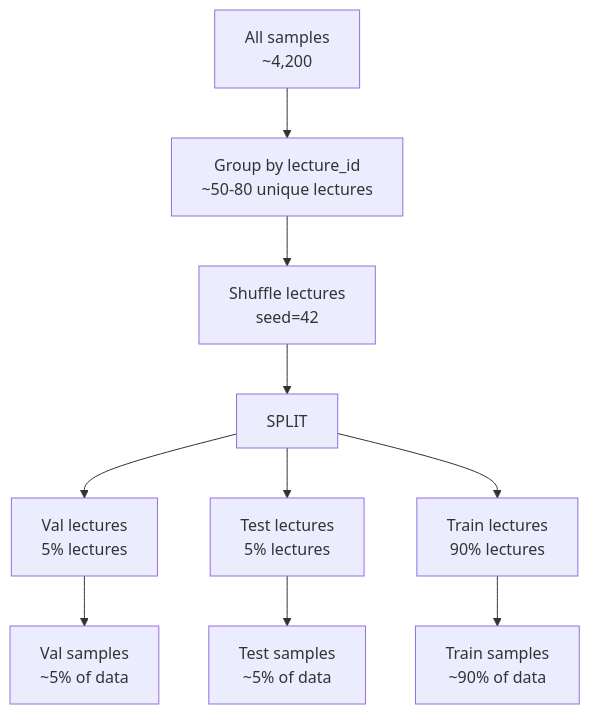
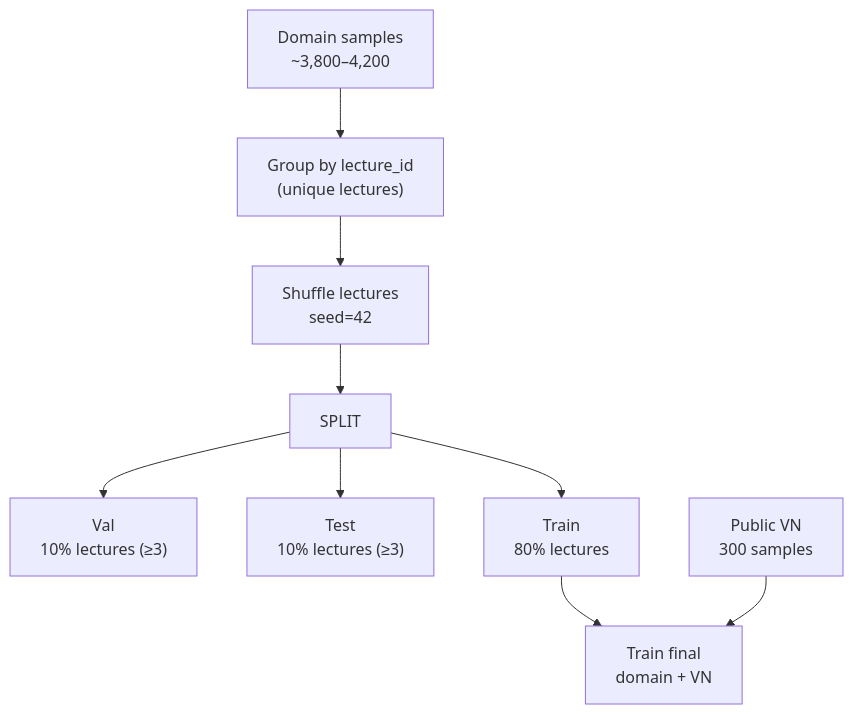
Before and after one commit to luannnguyenai/team49-backup: the third of 4 diagrams in fine-tune-chatbot/PIPELINE.md, drawn with Mermaid. The commit also changed other lines of this file, not shown here.

````diff
--- a/fine-tune-chatbot/PIPELINE.md
+++ b/fine-tune-chatbot/PIPELINE.md
@@ -80,15 +95,12 @@
 ```mermaid
 flowchart TD
-    ALL["All samples\n~4,200"]
-    ALL --> GROUP["Group by lecture_id\n~50-80 unique lectures"]
-    GROUP --> SHUFFLE["Shuffle lectures\nseed=42"]
+    ALL["Domain samples<br/>~3,800–4,200"]
+    ALL --> GROUP["Group by lecture_id<br/>(unique lectures)"]
+    GROUP --> SHUFFLE["Shuffle lectures<br/>seed=42"]
     SHUFFLE --> SPLIT
-
-    SPLIT --> VAL["Val lectures\n5% lectures"]
-    SPLIT --> TEST["Test lectures\n5% lectures"]
-    SPLIT --> TRAIN["Train lectures\n90% lectures"]
-
-    VAL --> VS["Val samples\n~5% of data"]
-    TEST --> TS["Test samples\n~5% of data"]
-    TRAIN --> TRS["Train samples\n~90% of data"]
+    SPLIT --> VAL["Val<br/>10% lectures (≥3)"]
+    SPLIT --> TEST["Test<br/>10% lectures (≥3)"]
+    SPLIT --> TRAIN["Train<br/>80% lectures"]
+    TRAIN --> MERGE
+    PUB["Public VN<br/>300 samples"] --> MERGE["Train final<br/>domain + VN"]
 ```
````
